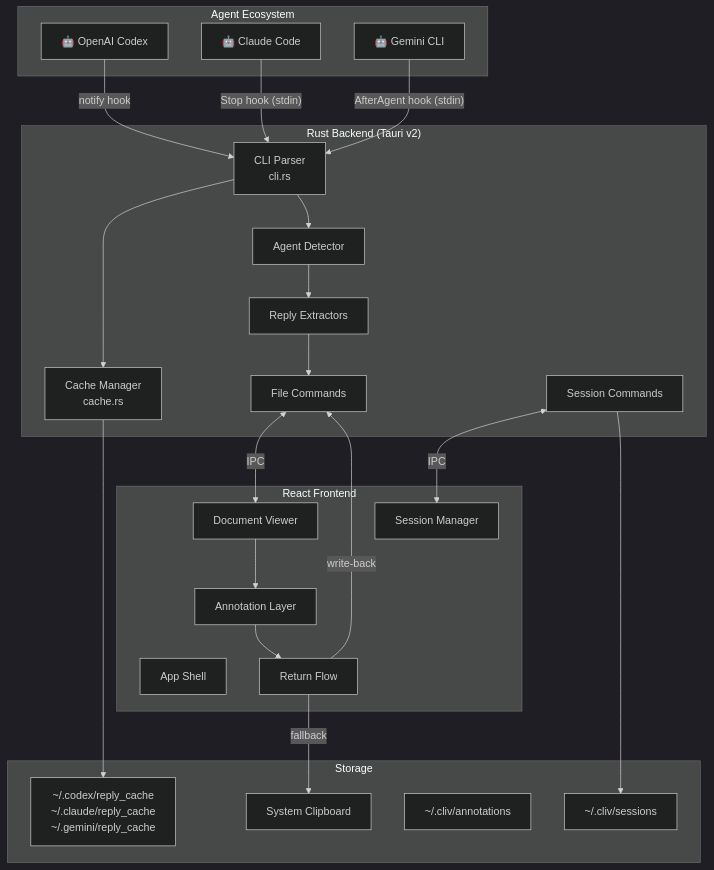
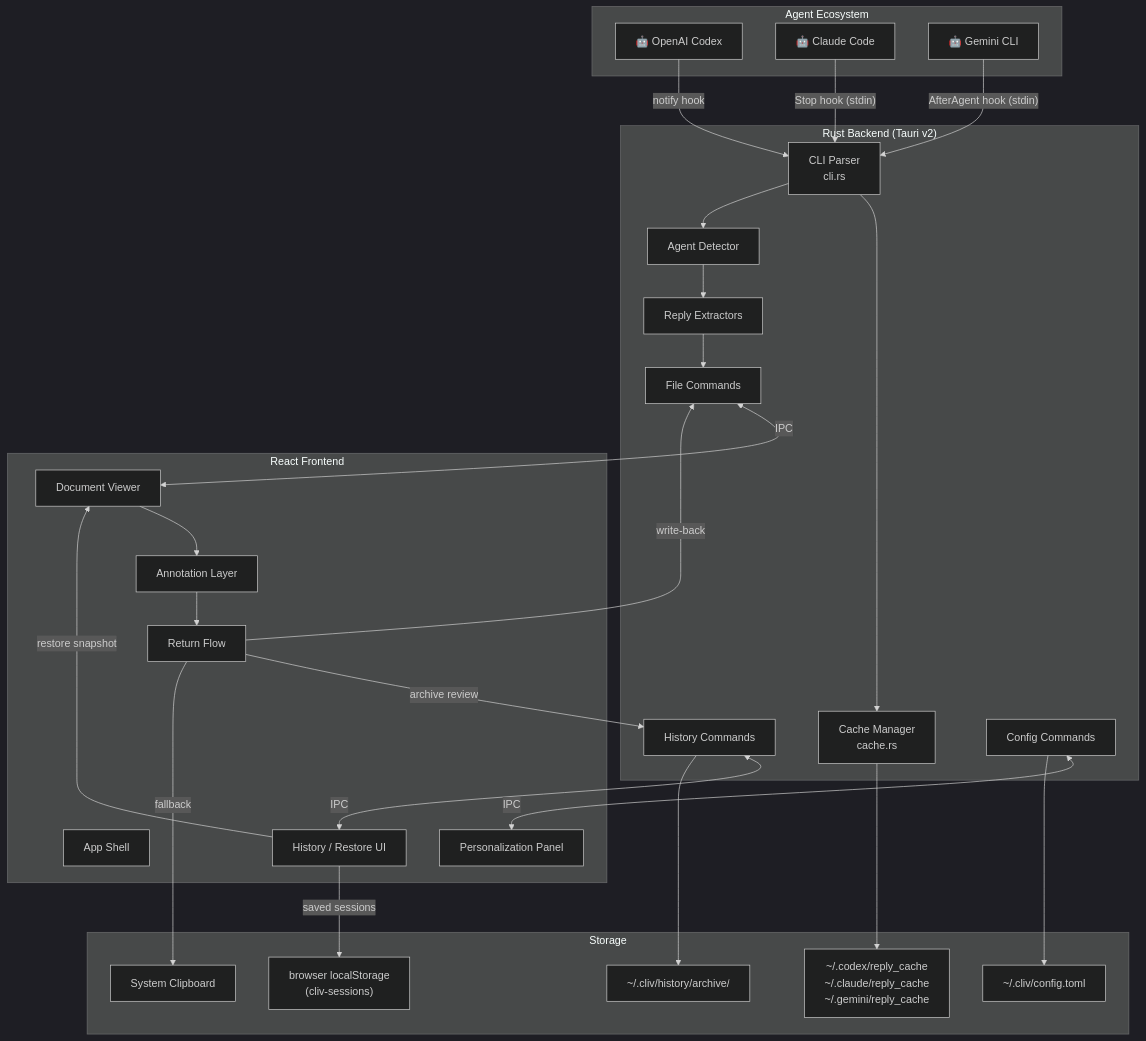
Before and after one commit to BobDLA/cliv: the first of 22 diagrams in docs/demo/demo.md, drawn with Mermaid (dark theme). The commit also changed other lines of this file and 44 other files, not shown here.

````diff
--- a/docs/demo/demo.md
+++ b/docs/demo/demo.md
@@ -61,51 +61,59 @@
 ```mermaid
 graph TB
     subgraph "Agent Ecosystem"
         CODEX["🤖 OpenAI Codex"]
         CLAUDE["🤖 Claude Code"]
         GEMINI["🤖 Gemini CLI"]
     end
 
     subgraph "Rust Backend (Tauri v2)"
         CLI["CLI Parser<br/>cli.rs"]
         CACHE["Cache Manager<br/>cache.rs"]
         DETECT["Agent Detector"]
         EXTRACT["Reply Extractors"]
         CMD_FILES["File Commands"]
-        CMD_SESS["Session Commands"]
+        CMD_HIST["History Commands"]
+        CMD_CFG["Config Commands"]
     end
 
     subgraph "React Frontend"
         APP["App Shell"]
         DOC["Document Viewer"]
         ANN["Annotation Layer"]
         RET["Return Flow"]
-        SESS["Session Manager"]
+        NAV["History / Restore UI"]
+        PREFS["Personalization Panel"]
     end
 
     subgraph "Storage"
         FS_CACHE["~/.codex/reply_cache<br/>~/.claude/reply_cache<br/>~/.gemini/reply_cache"]
-        FS_SESS["~/.cliv/sessions"]
-        FS_ANN["~/.cliv/annotations"]
+        LS_SESS["browser localStorage<br/>(cliv-sessions)"]
+        FS_HIST["~/.cliv/history/archive/"]
+        FS_CFG["~/.cliv/config.toml"]
         CLIPBOARD["System Clipboard"]
     end
 
     CODEX -->|"notify hook"| CLI
     CLAUDE -->|"Stop hook (stdin)"| CLI
     GEMINI -->|"AfterAgent hook (stdin)"| CLI
 
     CLI --> CACHE
     CLI --> DETECT
     DETECT --> EXTRACT
     EXTRACT --> CMD_FILES
 
     CMD_FILES <-->|"IPC"| DOC
-    CMD_SESS <-->|"IPC"| SESS
+    CMD_HIST <-->|"IPC"| NAV
+    CMD_CFG <-->|"IPC"| PREFS
     CACHE --> FS_CACHE
-    CMD_SESS --> FS_SESS
+    NAV -->|"saved sessions"| LS_SESS
+    CMD_HIST --> FS_HIST
+    CMD_CFG --> FS_CFG
 
+    NAV -->|"restore snapshot"| DOC
     DOC --> ANN
     ANN --> RET
     RET -->|"write-back"| CMD_FILES
+    RET -->|"archive review"| CMD_HIST
     RET -->|"fallback"| CLIPBOARD
 ```
````
